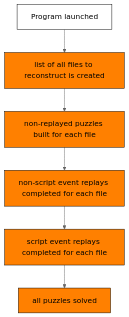
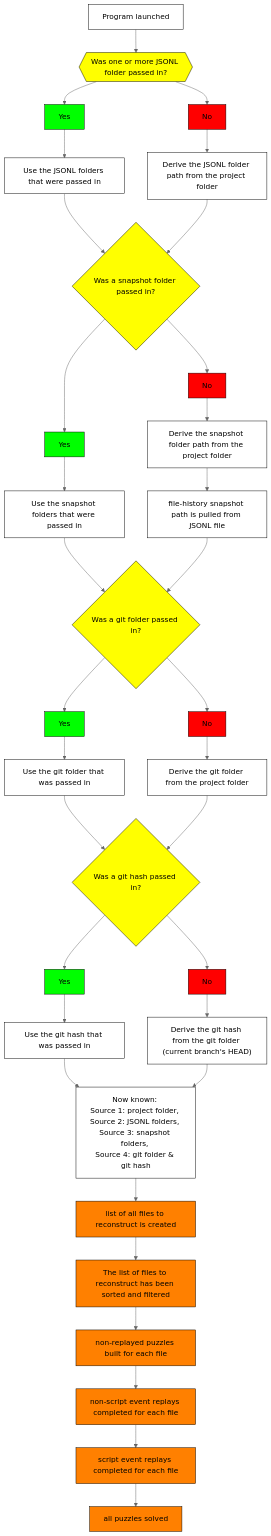
The diagram in plans/puzzle-solver-rules-v2.mmd (matkatmusic/jfred), drawn with Mermaid (neutral theme) before and after one commit.

Commit message:
diagram v2: first gap filled in

```diff
--- a/plans/puzzle-solver-rules-v2.mmd
+++ b/plans/puzzle-solver-rules-v2.mmd
@@ -1,32 +1,83 @@
 flowchart TD
   B_START["Program launched"]
-  B_START --> B_COMPLETED_FILE_RECONSTRUCTION_LIST
-  B_COMPLETED_FILE_RECONSTRUCTION_LIST --> B_COMPLETED_CREATE_AND_POPULATE_NONREPLAYED_PUZZLES
+  %% disabled: B_START --> B_COMPLETED_FILE_RECONSTRUCTION_LIST
   B_COMPLETED_CREATE_AND_POPULATE_NONREPLAYED_PUZZLES --> B_COMPLETED_NON_SCRIPT_REPLAYS_OF_PUZZLES
   B_COMPLETED_NON_SCRIPT_REPLAYS_OF_PUZZLES --> B_COMPLETED_SCRIPT_REPLAYS_OF_PUZZLES
   B_COMPLETED_SCRIPT_REPLAYS_OF_PUZZLES --> B_COMPLETED_SOLVED_ALL_PUZZLES
+  %% ==note==: the list is filtered for files to include or exclude.  Included files are split into 8 groups based on 3 Yes/No choices: In git, In JSONL, on disk.
+  B_COMPLETED_SORTING_FILES_TO_RECONSTRUCT["The list of files to reconstruct has been sorted and filtered"]
+  B_COMPLETED_FILE_RECONSTRUCTION_LIST --> B_COMPLETED_SORTING_FILES_TO_RECONSTRUCT
+  B_COMPLETED_SORTING_FILES_TO_RECONSTRUCT --> B_COMPLETED_CREATE_AND_POPULATE_NONREPLAYED_PUZZLES
 classDef information fill:#ffffff,stroke:#000000
 classDef Decision fill:#ffff00,stroke:#000000
 classDef Yes-path fill:#00ff00,stroke:#000000
 classDef No-path fill:#ff0000,stroke:#000000
 classDef Checkpoint fill:#ff8000,stroke:#000000
 classDef Action fill:#fc00ff,stroke:#000000
 classDef Question fill:#79d4fb,stroke:#000000
 classDef Answer fill:#5df9b5,stroke:#000000
 class B_START information
-class B_COMPLETED_FILE_RECONSTRUCTION_LIST,B_COMPLETED_CREATE_AND_POPULATE_NONREPLAYED_PUZZLES,B_COMPLETED_NON_SCRIPT_REPLAYS_OF_PUZZLES,B_COMPLETED_SCRIPT_REPLAYS_OF_PUZZLES,B_COMPLETED_SOLVED_ALL_PUZZLES Checkpoint
+class B_COMPLETED_FILE_RECONSTRUCTION_LIST,B_COMPLETED_CREATE_AND_POPULATE_NONREPLAYED_PUZZLES,B_COMPLETED_NON_SCRIPT_REPLAYS_OF_PUZZLES,B_COMPLETED_SCRIPT_REPLAYS_OF_PUZZLES,B_COMPLETED_SOLVED_ALL_PUZZLES,B_COMPLETED_SORTING_FILES_TO_RECONSTRUCT Checkpoint
   %% ==note==: folder from `--project`. <br/>git path from `--repo` or derived from project folder.<br/>git commit from `--commit` or derived from current branch in git. <br/>JSONL folders from multiple `--jsonl` or derived from project folder. <br/>Snapshot folders from multiple `--snapshot` and extracted from JSONLs deemed relevant to the project.
   B_COMPLETED_FILE_RECONSTRUCTION_LIST["list of all files to reconstruct is created"]
-  
+
 
 %% ==note==: events come from git, and JSONLs.  this step just organizes the data that will be replayed and creates the initial capture of the on-disk state of the project, using Inverse-Per-File-Repos.<br/>beacons are identified. <br/>beacon layer order: commits, file history snapshot, full file read (including through Bash() tool use), full file edit/write/Update, partial file edit, script replay.
 B_COMPLETED_CREATE_AND_POPULATE_NONREPLAYED_PUZZLES["non-replayed puzzles built for each file"]
   %% ==note==: for each beacon layer, for each beacon found, an inverting commit is added to the inverse-per-file-repo for that file in the correct timestamp order.  This is where the #8 algorithm is used ("/Users/matkatmusicllc/Desktop/claude code src/RevEng/plans/engineV3-user-loops.md")
   B_COMPLETED_NON_SCRIPT_REPLAYS_OF_PUZZLES["non-script event replays completed for each file"]
   %% ==note==: uses the #9 algorithm from "/Users/matkatmusicllc/Desktop/claude code src/RevEng/plans/engineV3-user-loops.md"
   B_COMPLETED_SCRIPT_REPLAYS_OF_PUZZLES["script event replays completed for each file"]
   B_COMPLETED_SOLVED_ALL_PUZZLES["all puzzles solved"]
+  %% ---- gap A: B_START to B_COMPLETED_FILE_RECONSTRUCTION_LIST ----
+  B_START --> Q_JSONLS_GIVEN
+  Q_JSONLS_GIVEN{{"Was one or more JSONL folder passed in?"}}
+  Q_CHOICE_JSONLS_GIVEN_YES["Yes"]
+  Q_CHOICE_JSONLS_GIVEN_NO["No"]
+  B_USE_GIVEN_JSONLS["Use the JSONL folders that were passed in"]
+  B_DERIVE_JSONLS["Derive the JSONL folder path from the project folder"]
+  Q_JSONLS_GIVEN --> Q_CHOICE_JSONLS_GIVEN_YES --> B_USE_GIVEN_JSONLS --> Q_SNAPSHOTS_GIVEN
+  Q_JSONLS_GIVEN --> Q_CHOICE_JSONLS_GIVEN_NO --> B_DERIVE_JSONLS --> Q_SNAPSHOTS_GIVEN
+  Q_SNAPSHOTS_GIVEN{"Was a snapshot folder passed in?"}
+  Q_CHOICE_SNAPSHOTS_GIVEN_YES["Yes"]
+  Q_CHOICE_SNAPSHOTS_GIVEN_NO["No"]
+  B_USE_GIVEN_SNAPSHOTS["Use the snapshot folders that were passed in"]
+  B_DERIVE_SNAPSHOTS["Derive the snapshot folder path from the project folder"]
+  Q_SNAPSHOTS_GIVEN --> Q_CHOICE_SNAPSHOTS_GIVEN_YES --> B_USE_GIVEN_SNAPSHOTS --> Q_GIT_FOLDER_GIVEN
+  Q_GIT_FOLDER_GIVEN{"Was a git folder passed in?"}
+  Q_CHOICE_GIT_FOLDER_GIVEN_YES["Yes"]
+  Q_CHOICE_GIT_FOLDER_GIVEN_NO["No"]
+  B_USE_GIVEN_GIT_FOLDER["Use the git folder that was passed in"]
+  B_DERIVE_GIT_FOLDER["Derive the git folder from the project folder"]
+  Q_GIT_FOLDER_GIVEN --> Q_CHOICE_GIT_FOLDER_GIVEN_YES --> B_USE_GIVEN_GIT_FOLDER --> Q_GIT_HASH_GIVEN
+  Q_GIT_FOLDER_GIVEN --> Q_CHOICE_GIT_FOLDER_GIVEN_NO --> B_DERIVE_GIT_FOLDER --> Q_GIT_HASH_GIVEN
+  Q_GIT_HASH_GIVEN{"Was a git hash passed in?"}
+  Q_CHOICE_GIT_HASH_GIVEN_YES["Yes"]
+  Q_CHOICE_GIT_HASH_GIVEN_NO["No"]
+  B_USE_GIVEN_GIT_HASH["Use the git hash that was passed in"]
+  B_DERIVE_GIT_HASH["Derive the git hash from the git folder (current branch's HEAD)"]
+  Q_GIT_HASH_GIVEN --> Q_CHOICE_GIT_HASH_GIVEN_YES --> B_USE_GIVEN_GIT_HASH --> B_ALL_INPUTS_KNOWN
+  Q_GIT_HASH_GIVEN --> Q_CHOICE_GIT_HASH_GIVEN_NO --> B_DERIVE_GIT_HASH --> B_ALL_INPUTS_KNOWN
+  %% ==note==: source 1: all files in project folder, including in submodules. provides paths and bytes
+  %% ==note==: source 2: files named in JSONLs. provides paths and strings
+  %% ==note==: source 3: file-history snapshots matched to JSONL entries. provides bytes
+  %% ==note==: source 4: git history.  provides bytes and creation/deletion records
+  B_ALL_INPUTS_KNOWN["Now known: \nSource 1: project folder, \nSource 2: JSONL folders, \nSource 3: snapshot folders, \nSource 4: git folder & git hash"]
+  Q_SNAPSHOTS_GIVEN --> Q_CHOICE_SNAPSHOTS_GIVEN_NO
+  Q_CHOICE_SNAPSHOTS_GIVEN_NO --> B_DERIVE_SNAPSHOTS
+  B_DERIVE_SNAPSHOTS --> B_NEW_4
+  B_ALL_INPUTS_KNOWN --> B_COMPLETED_FILE_RECONSTRUCTION_LIST
+  B_NEW_4["file-history snapshot path is pulled from JSONL file"]
+  B_NEW_4 --> Q_GIT_FOLDER_GIVEN
+  class B_USE_GIVEN_GIT_HASH,B_DERIVE_GIT_HASH,B_USE_GIVEN_GIT_FOLDER,B_DERIVE_GIT_FOLDER,B_USE_GIVEN_SNAPSHOTS,B_DERIVE_SNAPSHOTS,B_USE_GIVEN_JSONLS,B_DERIVE_JSONLS,B_NEW_4 information
+  class Q_CHOICE_JSONLS_GIVEN_YES,Q_CHOICE_SNAPSHOTS_GIVEN_YES,Q_CHOICE_GIT_FOLDER_GIVEN_YES,Q_CHOICE_GIT_HASH_GIVEN_YES Yes-path
+  class Q_CHOICE_JSONLS_GIVEN_NO,Q_CHOICE_SNAPSHOTS_GIVEN_NO,Q_CHOICE_GIT_FOLDER_GIVEN_NO,Q_CHOICE_GIT_HASH_GIVEN_NO No-path
+  class Q_JSONLS_GIVEN,Q_SNAPSHOTS_GIVEN,Q_GIT_FOLDER_GIVEN,Q_GIT_HASH_GIVEN Decision
+  class B_ALL_INPUTS_KNOWN,B_USE_GIVEN_GIT_HASH,B_DERIVE_GIT_HASH,B_USE_GIVEN_GIT_FOLDER,B_DERIVE_GIT_FOLDER,B_USE_GIVEN_SNAPSHOTS,B_DERIVE_SNAPSHOTS,B_USE_GIVEN_JSONLS,B_DERIVE_JSONLS,B_NEW_4 information
+%% ==size==: B_USE_GIVEN_JSONLS 296 96
+%% ==size==: B_DERIVE_JSONLS 304 120
+%% ==size==: Q_JSONLS_GIVEN 441 118
 %%%%====
 %% DO NOT MODIFY - AUTOMATICALLY GENERATED DURING EVERY SAVE
-%% {"lastSelectedNodeId":"B_COMPLETED_FILE_RECONSTRUCTION_LIST","outputScrollLeft":0,"outputScrollTop":340,"mainZoomPercent":100}
+%% {"lastSelectedNodeId":"B_COMPLETED_SORTING_FILES_TO_RECONSTRUCT","outputScrollLeft":185.5,"outputScrollTop":2611,"mainZoomPercent":100}
 %%%%====
```
